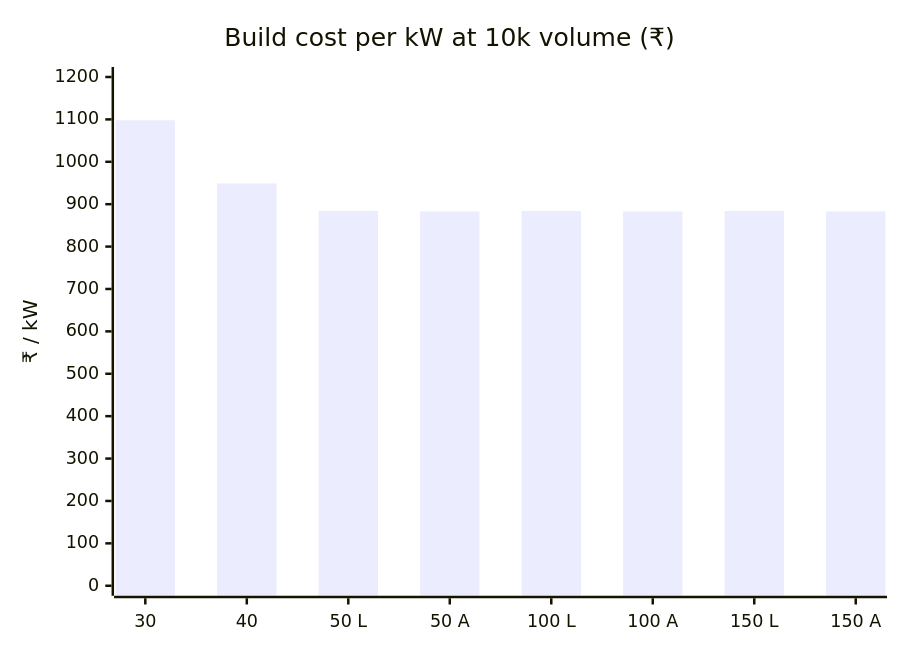
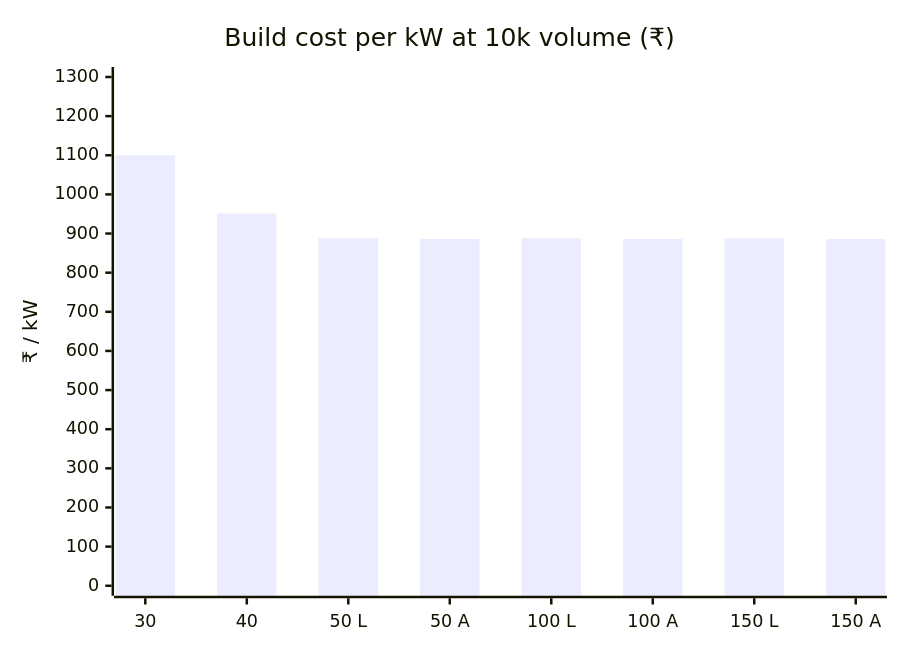
Before and after one commit to vectivolt/DC-Modules: the diagram in docs/bom-cost.md, drawn with Mermaid. The commit also changed other lines of this file and 110 other files, not shown here.

````diff
--- a/docs/bom-cost.md
+++ b/docs/bom-cost.md
@@ -41,7 +41,7 @@
 ```mermaid
 xychart-beta
   title "Build cost per kW at 10k volume (₹)"
   x-axis ["30", "40", "50 L", "50 A", "100 L", "100 A", "150 L", "150 A"]
-  y-axis "₹ / kW" 0 --> 1200
-  bar [1098, 949, 884, 883, 884, 883, 884, 883]
+  y-axis "₹ / kW" 0 --> 1300
+  bar [1100, 951, 888, 886, 888, 886, 888, 886]
 ```
````
